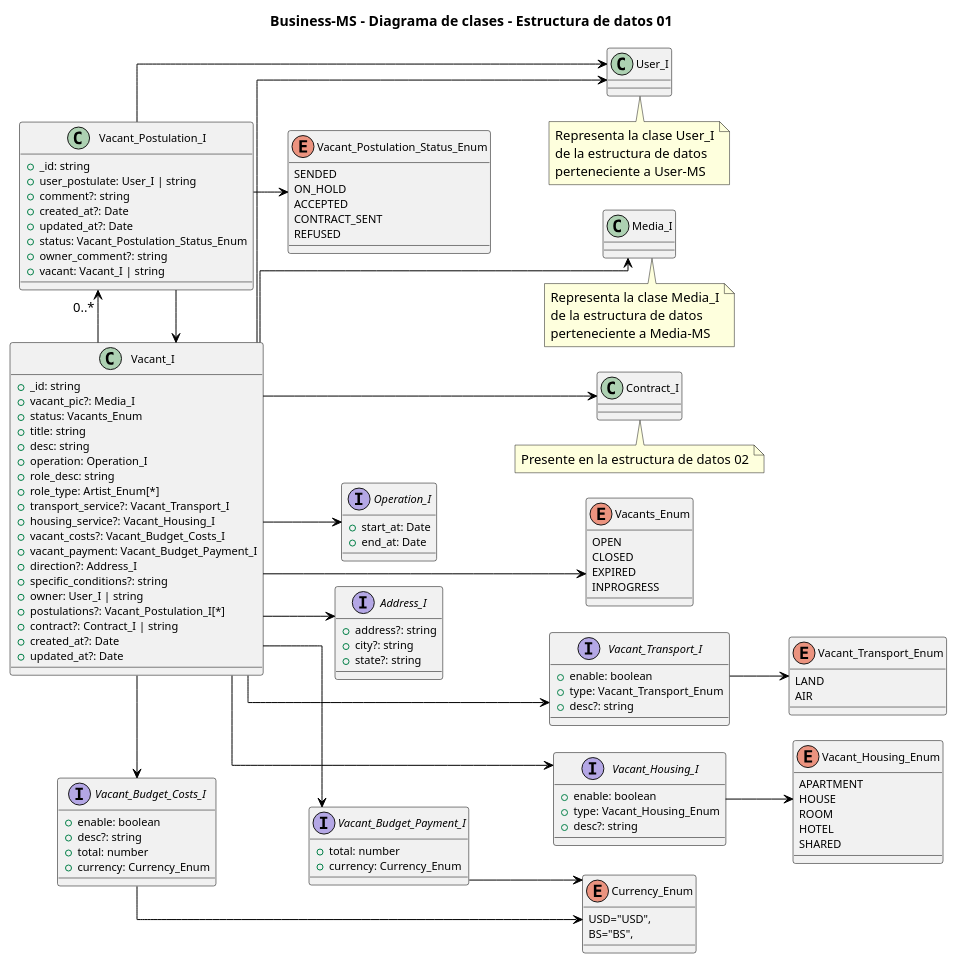
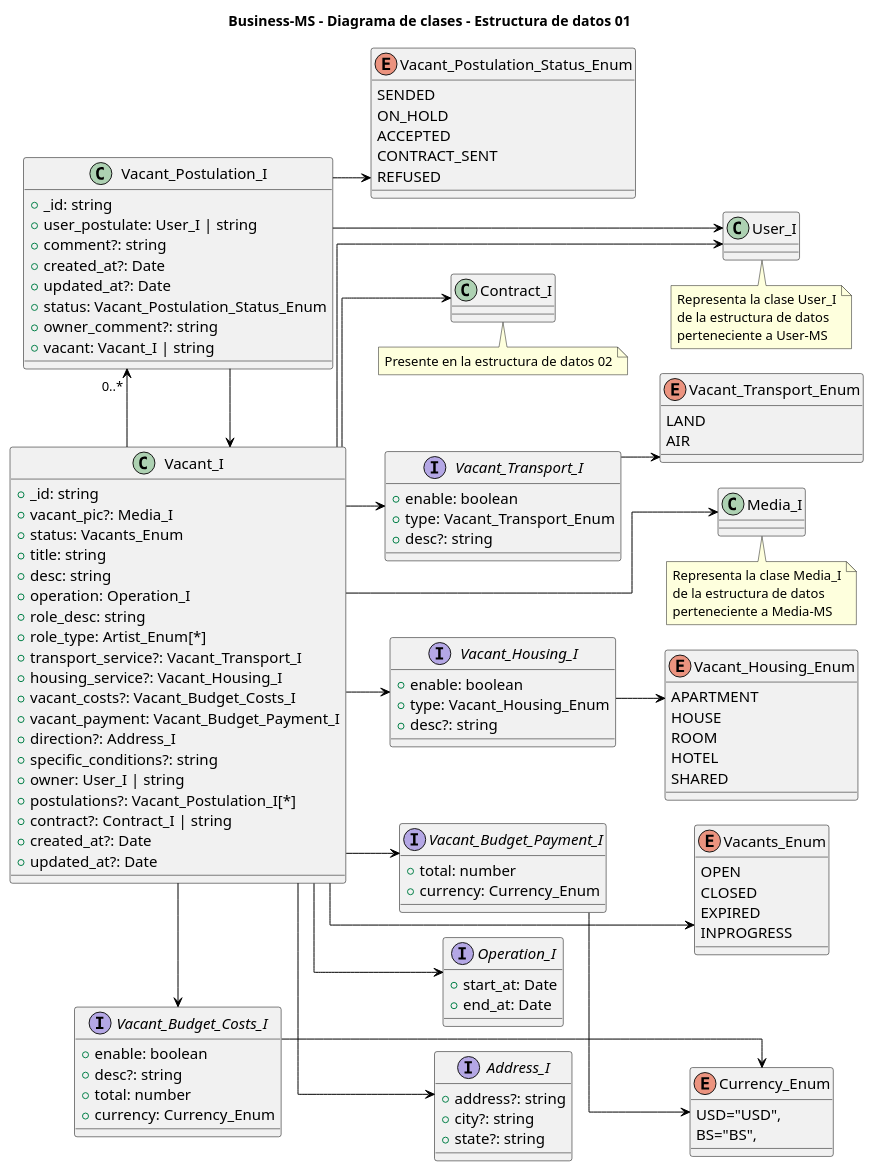
One commit to Tesis-project/dev-globals changed the eighth of 9 diagrams in diagrams/class.md. Above: the diagram before and after it, drawn with PlantUML. The commit also changed other lines of this file and 5 other files, not shown here.

Commit message:
feat: Add ER diagram and database schema for user management and authentication

```diff
--- a/diagrams/class.md
+++ b/diagrams/class.md
@@ -761,12 +760,12 @@
     BackgroundColor<<Interface>> #F5F5DC
     BorderColor Black
     ArrowColor Black
-    FontSize 12
-    AttributeFontSize 11
-    StereotypeFontSize 12
-    ClassFontSize 12
-    ClassAttributeFontSize 11
-    ClassStereotypeFontSize 12
+    FontSize 15
+    AttributeFontSize 15
+    StereotypeFontSize 15
+    ClassFontSize 15
+    ClassAttributeFontSize 15
+    ClassStereotypeFontSize 15
     ClassBorderColor Black
     ClassArrowColor Black
 }
@@ -882,12 +881,12 @@
 }
 
 Vacant_I ---> Media_I
-Vacant_I ---> Contract_I
+Vacant_I --> Contract_I
 Vacant_I --> Operation_I
 Vacant_I --> Address_I
 Vacant_I ---> Vacants_Enum
-Vacant_I ---> Vacant_Transport_I
-Vacant_I ---> Vacant_Housing_I
+Vacant_I --> Vacant_Transport_I
+Vacant_I --> Vacant_Housing_I
 Vacant_I -> Vacant_Budget_Costs_I
 Vacant_I --> Vacant_Budget_Payment_I
 Vacant_I -> "0..*" Vacant_Postulation_I
```
